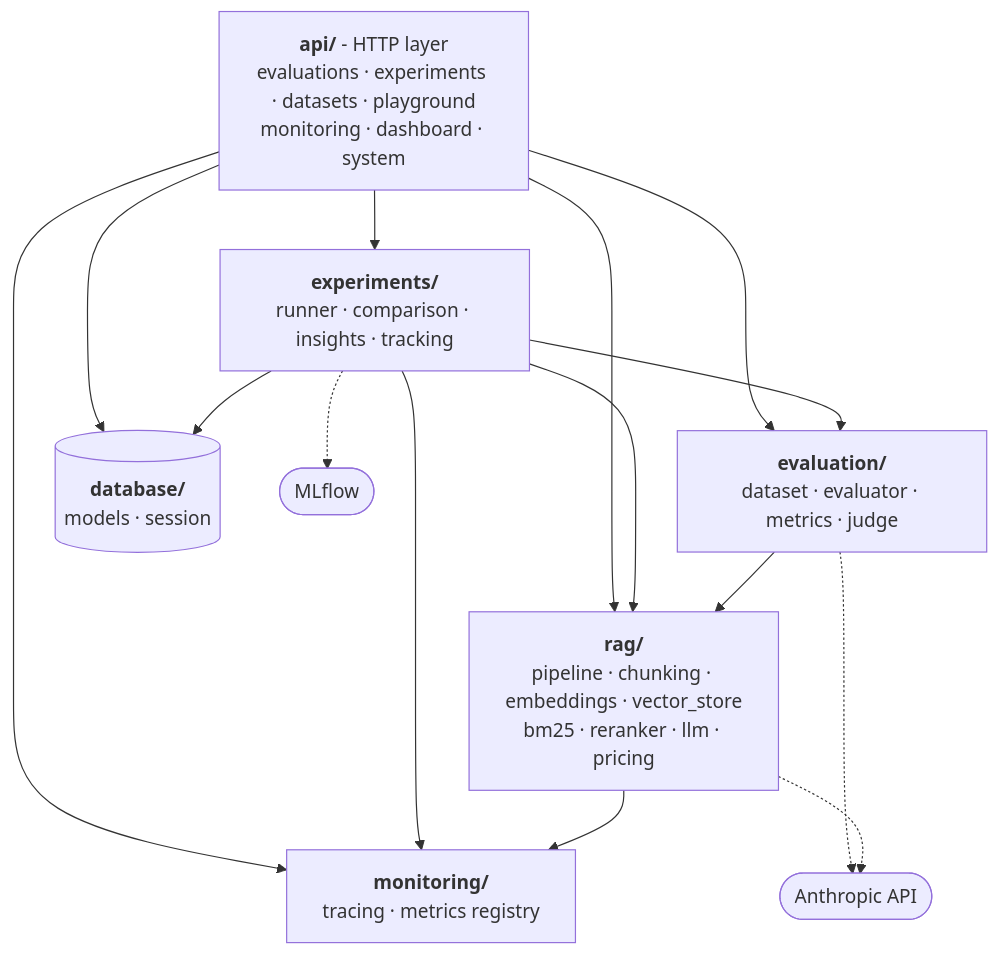
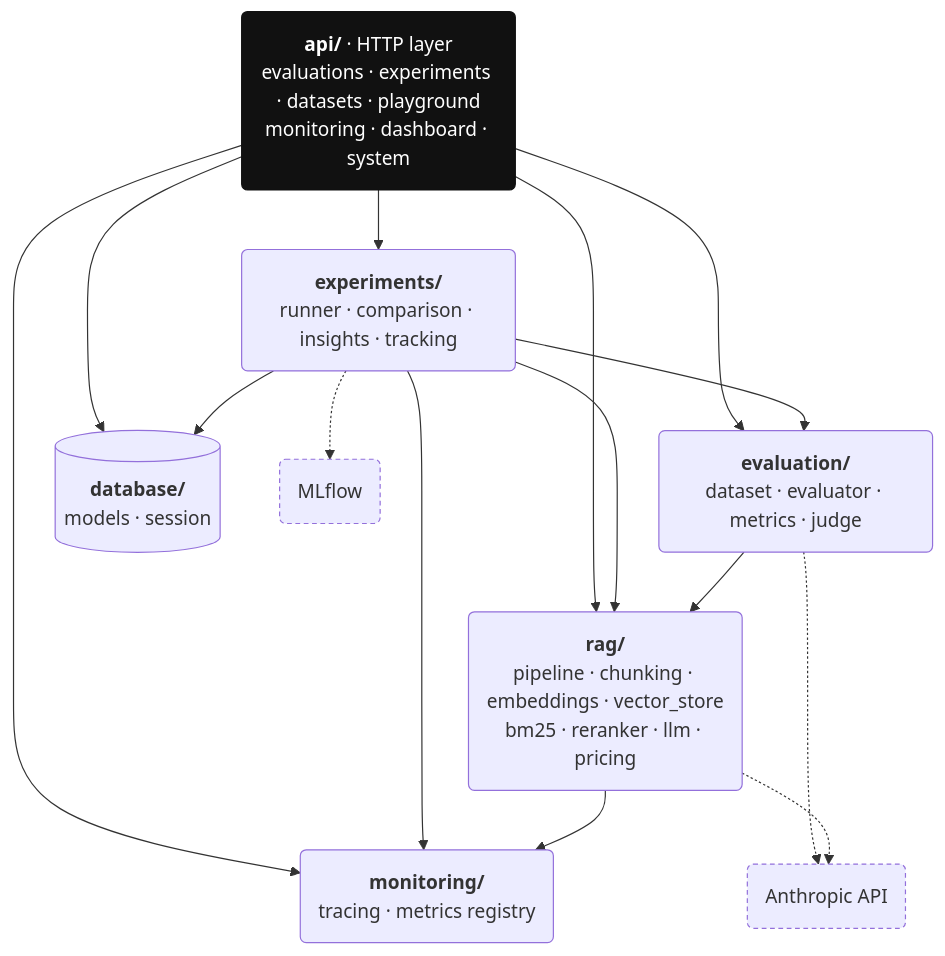
Before and after one commit to SuriyaKannimuthu/raglens-ai: the fifth of 11 diagrams in docs/technical-design.md, drawn with Mermaid. The commit also changed other lines of this file and 2 other files, not shown here.

````diff
--- a/docs/technical-design.md
+++ b/docs/technical-design.md
@@ -166,26 +256,27 @@
 ```mermaid
 flowchart TB
-    api["<b>api/</b> - HTTP layer<br/>evaluations · experiments · datasets · playground<br/>monitoring · dashboard · system"]
-    exp["<b>experiments/</b><br/>runner · comparison · insights · tracking"]
-    eval["<b>evaluation/</b><br/>dataset · evaluator · metrics · judge"]
-    rag["<b>rag/</b><br/>pipeline · chunking · embeddings · vector_store<br/>bm25 · reranker · llm · pricing"]
-    mon["<b>monitoring/</b><br/>tracing · metrics registry"]
-    db[("<b>database/</b><br/>models · session")]
-    mlflow(["MLflow"])
-    claude(["Anthropic API"])
-
+    api("<b>api/</b> · HTTP layer<br/><span class='sub'>evaluations · experiments · datasets · playground<br/>monitoring · dashboard · system</span>"):::dark
+    exp("<b>experiments/</b><br/><span class='sub'>runner · comparison · insights · tracking</span>")
+    eval("<b>evaluation/</b><br/><span class='sub'>dataset · evaluator · metrics · judge</span>")
+    rag("<b>rag/</b><br/><span class='sub'>pipeline · chunking · embeddings · vector_store<br/>bm25 · reranker · llm · pricing</span>")
+    mon("<b>monitoring/</b><br/><span class='sub'>tracing · metrics registry</span>")
+    db[("<b>database/</b><br/><span class='sub'>models · session</span>")]
+    mlflow("MLflow"):::opt
+    claude("Anthropic API"):::opt
     api --> exp
     api --> eval
     api --> rag
     api --> mon
     api --> db
     exp --> eval
     exp --> rag
     exp --> mon
     exp --> db
     exp -.-> mlflow
     eval --> rag
     eval -.-> claude
     rag --> mon
     rag -.-> claude
+    classDef dark fill:#111,stroke:#111,color:#fff
+    classDef opt stroke-dasharray:4 3
 ```
````
